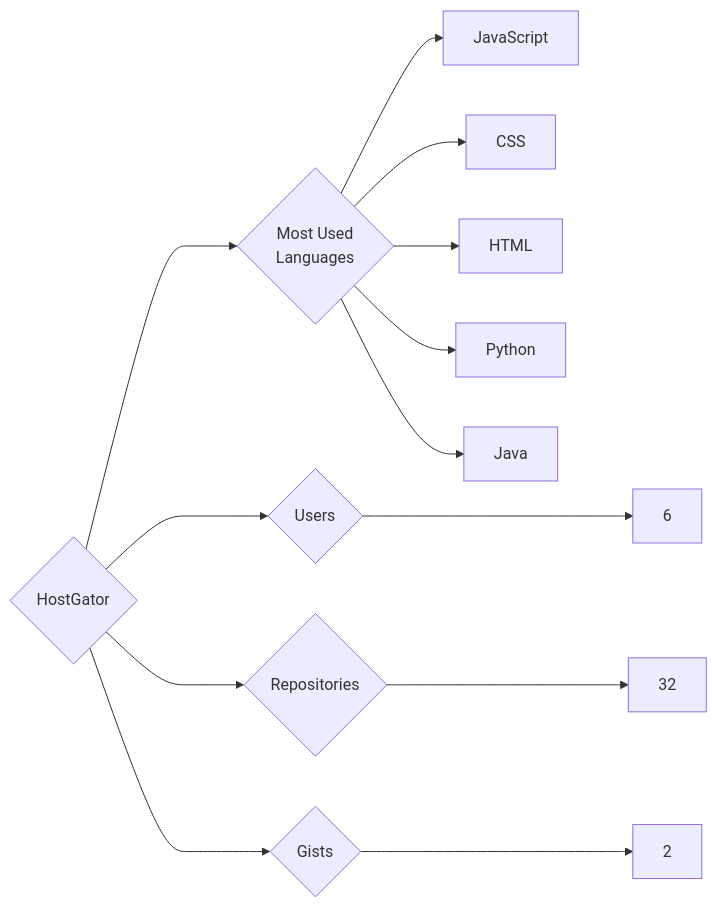
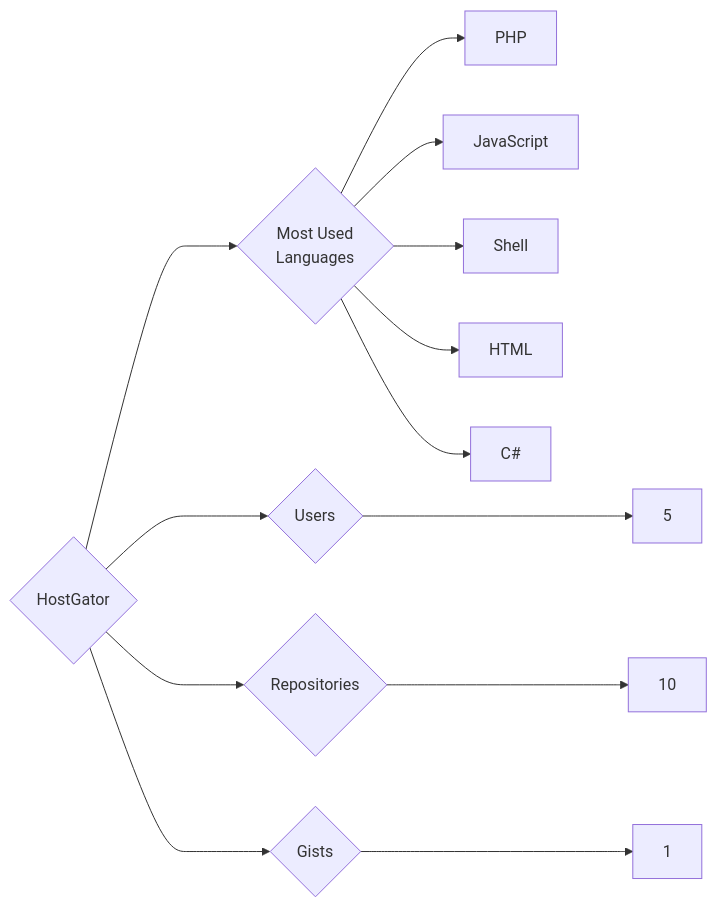
The diagram in targets/HostGator/README.md (trickest/insiders), drawn with Mermaid before and after one commit. The commit also changed 1148 other files, not shown here.

````diff
--- a/targets/HostGator/README.md
+++ b/targets/HostGator/README.md
@@ -3,13 +3,13 @@
 ```mermaid
 graph LR
 COMPANY_NAME{HostGator}
-COMPANY_NAME ---> U{Users} ---> UN[6]
-COMPANY_NAME ---> R{Repositories} ---> RN[32]
-COMPANY_NAME ---> G{Gists} ---> GN[2]
+COMPANY_NAME ---> U{Users} ---> UN[5]
+COMPANY_NAME ---> R{Repositories} ---> RN[10]
+COMPANY_NAME ---> G{Gists} ---> GN[1]
 COMPANY_NAME ---> ML{Most Used<br>Languages}
+ML --> PHP[PHP]
 ML --> JavaScript[JavaScript]
-ML --> CSS[CSS]
+ML --> Shell[Shell]
 ML --> HTML[HTML]
-ML --> Python[Python]
-ML --> Java[Java]
+ML --> C#[C#]
 ```
````
